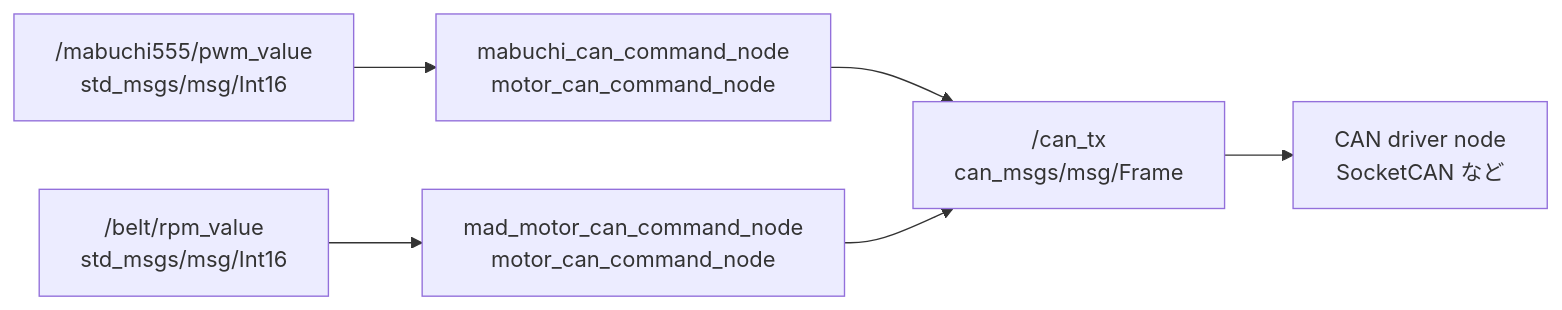
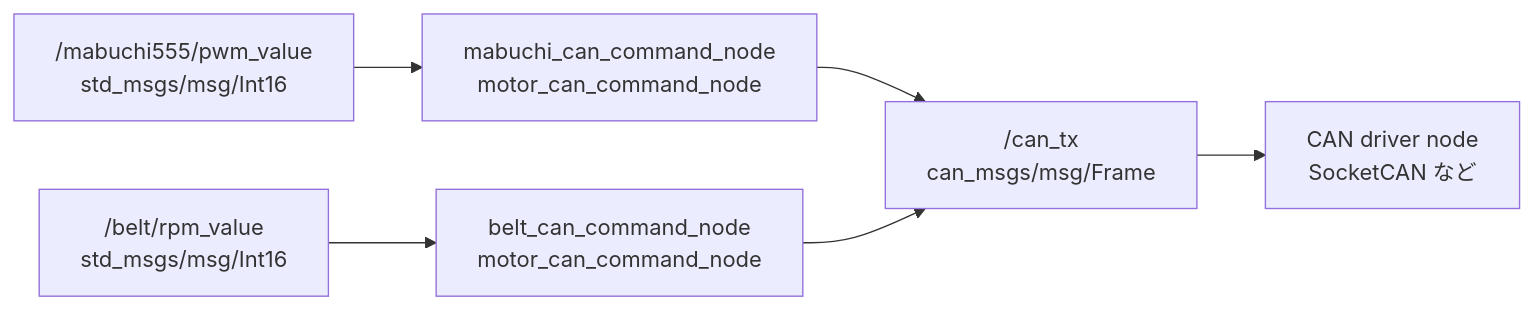
Before and after one commit to rodep-soft/rox2026: the second of 5 diagrams in ros2_ws/src/README.md, drawn with Mermaid. The commit also changed other lines of this file and 33 other files, not shown here.

Commit message:
rollerの角度調整を行う際のlaunchファイル削除とbringupへ書き込み。mad_motor -> belt_controller

````diff
--- a/ros2_ws/src/README.md
+++ b/ros2_ws/src/README.md
@@ -44,15 +44,15 @@
 ```mermaid
 flowchart LR
   mabuchi_pwm["/mabuchi555/pwm_value<br/>std_msgs/msg/Int16"]
-  mad_pwm["/belt/rpm_value<br/>std_msgs/msg/Int16"]
+  belt_pwm["/belt/rpm_value<br/>std_msgs/msg/Int16"]
   mabuchi_cmd["mabuchi_can_command_node<br/>motor_can_command_node"]
-  mad_cmd["mad_motor_can_command_node<br/>motor_can_command_node"]
+  belt_cmd["belt_can_command_node<br/>motor_can_command_node"]
   can_msgs_tx["/can_tx<br/>can_msgs/msg/Frame"]
   can_driver["CAN driver node<br/>SocketCAN など"]
 
   mabuchi_pwm --> mabuchi_cmd
-  mad_pwm --> mad_cmd
+  belt_pwm --> belt_cmd
   mabuchi_cmd --> can_msgs_tx
-  mad_cmd --> can_msgs_tx
+  belt_cmd --> can_msgs_tx
   can_msgs_tx --> can_driver
 ```
````
